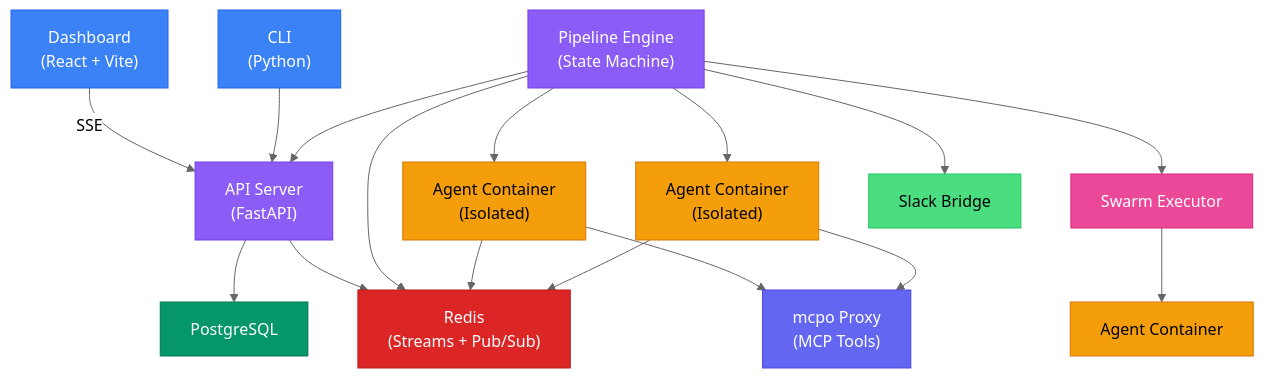
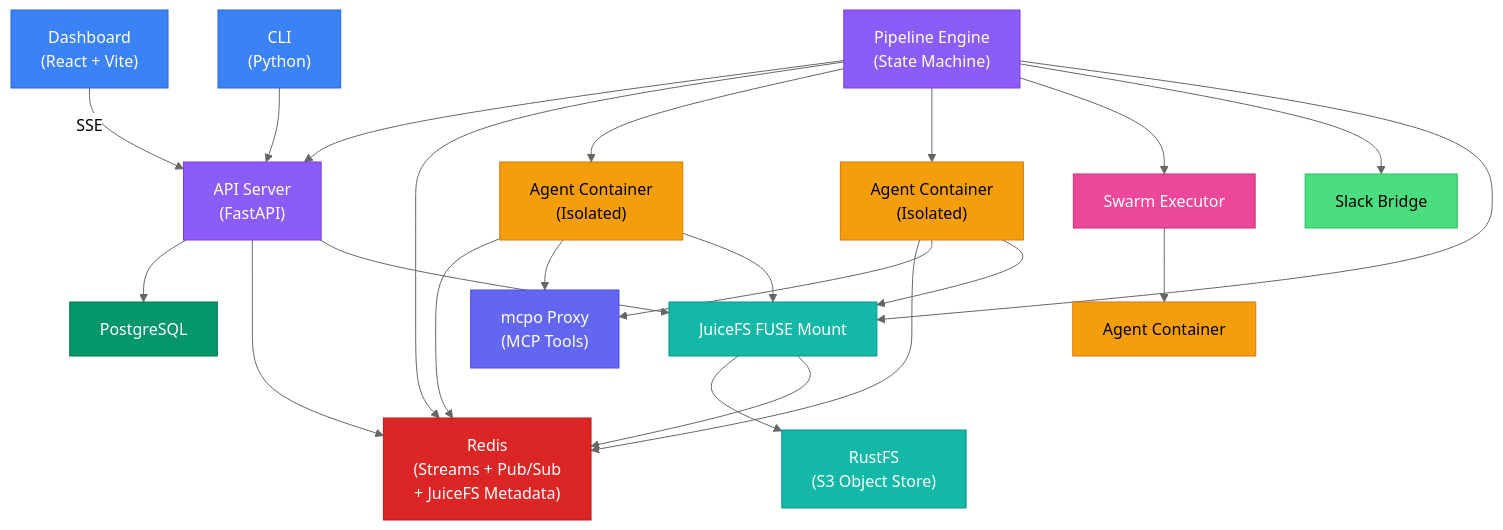
One commit to BaseDatum/DjinnBot changed the first of 3 diagrams in docs/content/docs/concepts/architecture.md. Above: the diagram before and after it, drawn with Mermaid (neutral theme). The commit also changed other lines of this file and 7 other files, not shown here.

````diff
--- a/docs/content/docs/concepts/architecture.md
+++ b/docs/content/docs/concepts/architecture.md
@@ -10,31 +10,39 @@
 ```mermaid
 graph TB
     Dashboard["Dashboard<br/>(React + Vite)"] -->|SSE| API["API Server<br/>(FastAPI)"]
     CLI["CLI<br/>(Python)"] --> API
     API --> DB["PostgreSQL"]
-    API --> Redis["Redis<br/>(Streams + Pub/Sub)"]
+    API --> Redis["Redis<br/>(Streams + Pub/Sub<br/>+ JuiceFS Metadata)"]
     Engine["Pipeline Engine<br/>(State Machine)"] --> API
     Engine --> Redis
     Engine --> Agent1["Agent Container<br/>(Isolated)"]
     Engine --> Agent2["Agent Container<br/>(Isolated)"]
     Engine --> Swarm["Swarm Executor"]
     Swarm --> Agent3["Agent Container"]
     Agent1 --> Redis
     Agent2 --> Redis
     Agent1 --> mcpo["mcpo Proxy<br/>(MCP Tools)"]
     Agent2 --> mcpo
     Engine --> Slack["Slack Bridge"]
+    JFS["JuiceFS FUSE Mount"] --> RustFS["RustFS<br/>(S3 Object Store)"]
+    JFS --> Redis
+    Engine --> JFS
+    Agent1 --> JFS
+    Agent2 --> JFS
+    API --> JFS
 
     style Dashboard fill:#3b82f6,color:#fff,stroke:#2563eb
     style CLI fill:#3b82f6,color:#fff,stroke:#2563eb
     style API fill:#8b5cf6,color:#fff,stroke:#7c3aed
     style Engine fill:#8b5cf6,color:#fff,stroke:#7c3aed
     style Swarm fill:#ec4899,color:#fff,stroke:#db2777
     style DB fill:#059669,color:#fff,stroke:#047857
     style Redis fill:#dc2626,color:#fff,stroke:#b91c1c
     style Agent1 fill:#f59e0b,color:#000,stroke:#d97706
     style Agent2 fill:#f59e0b,color:#000,stroke:#d97706
     style Agent3 fill:#f59e0b,color:#000,stroke:#d97706
     style mcpo fill:#6366f1,color:#fff,stroke:#4f46e5
     style Slack fill:#4ade80,color:#000,stroke:#22c55e
+    style JFS fill:#14b8a6,color:#fff,stroke:#0d9488
+    style RustFS fill:#14b8a6,color:#fff,stroke:#0d9488
 ```
````
